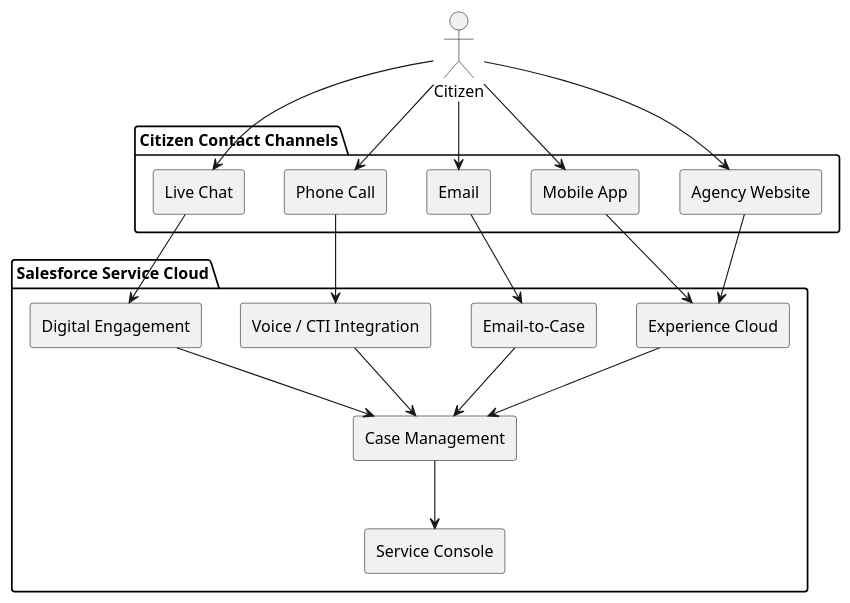
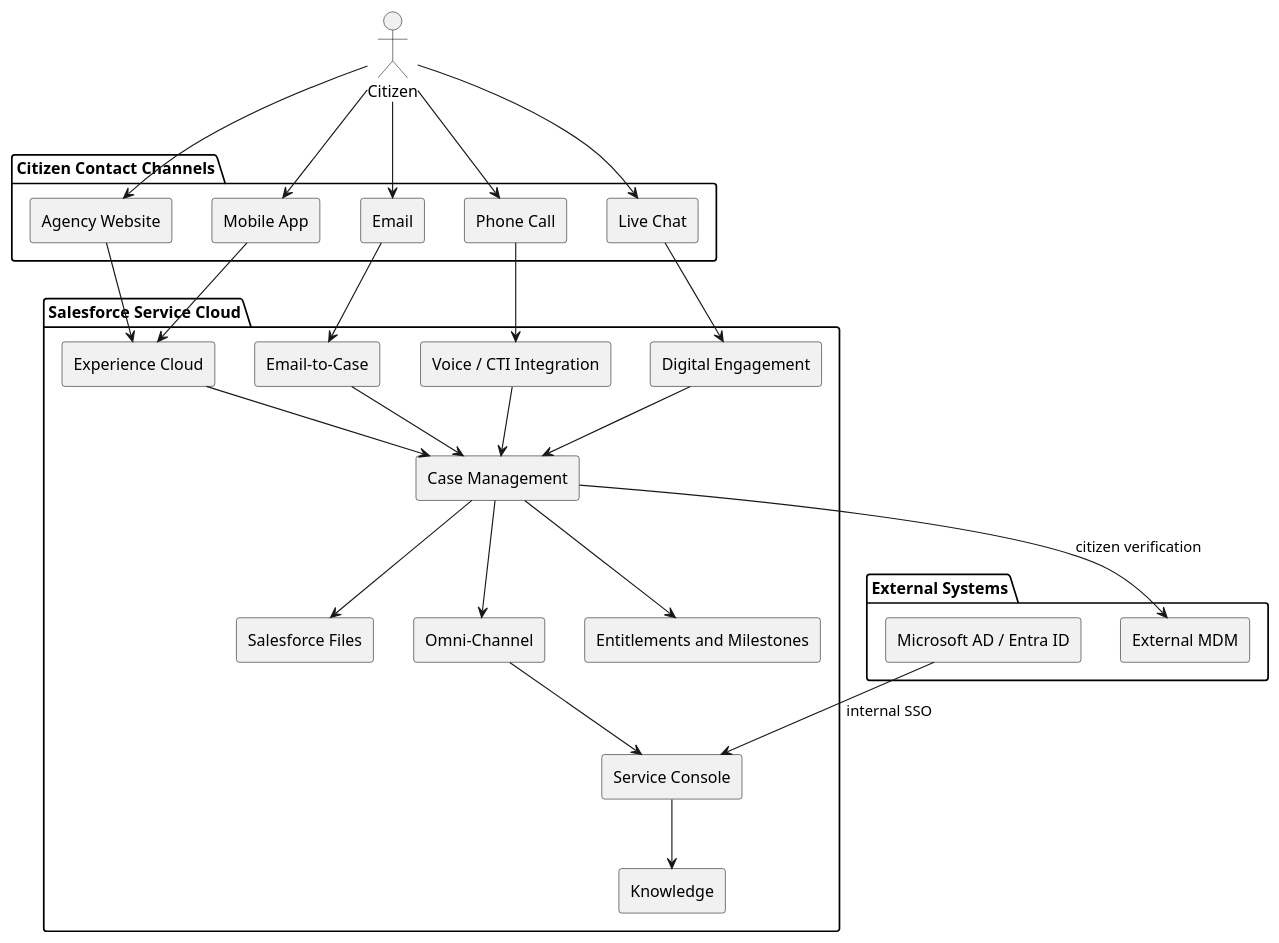
Before and after one commit to jimmytobing/virtusa: the diagram in puml task2/3. Multi-Channel Case Intake Architecture.puml, drawn with PlantUML. The commit also changed 31 other files, not shown here.

```diff
--- a/puml task2/3. Multi-Channel Case Intake Architecture.puml
+++ b/puml task2/3. Multi-Channel Case Intake Architecture.puml
@@ -1,41 +1,56 @@
 @startuml
 skinparam componentStyle rectangle
 
 actor Citizen
 
 package "Citizen Contact Channels" {
   [Agency Website]
   [Mobile App]
   [Email]
   [Phone Call]
   [Live Chat]
 }
 
 package "Salesforce Service Cloud" {
   [Experience Cloud]
   [Email-to-Case]
   [Service Console]
   [Digital Engagement]
   [Voice / CTI Integration]
   [Case Management]
+  [Salesforce Files]
+  [Omni-Channel]
+  [Knowledge]
+  [Entitlements and Milestones]
+}
+
+package "External Systems" {
+  [External MDM]
+  [Microsoft AD / Entra ID]
 }
 
 Citizen --> [Agency Website]
 Citizen --> [Mobile App]
 Citizen --> [Email]
 Citizen --> [Phone Call]
 Citizen --> [Live Chat]
 
 [Agency Website] --> [Experience Cloud]
 [Mobile App] --> [Experience Cloud]
 [Email] --> [Email-to-Case]
 [Phone Call] --> [Voice / CTI Integration]
 [Live Chat] --> [Digital Engagement]
 
 [Experience Cloud] --> [Case Management]
 [Email-to-Case] --> [Case Management]
 [Voice / CTI Integration] --> [Case Management]
 [Digital Engagement] --> [Case Management]
-[Case Management] --> [Service Console]
+[Case Management] --> [Salesforce Files]
+[Case Management] --> [Omni-Channel]
+[Case Management] --> [Entitlements and Milestones]
+[Omni-Channel] --> [Service Console]
+[Service Console] --> [Knowledge]
+[Case Management] --> [External MDM] : citizen verification
+[Microsoft AD / Entra ID] --> [Service Console] : internal SSO
 
 @enduml
```
